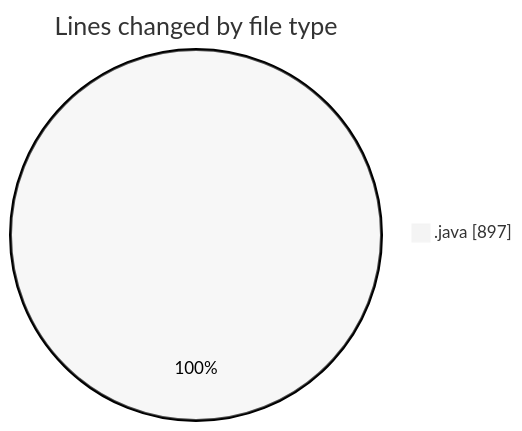
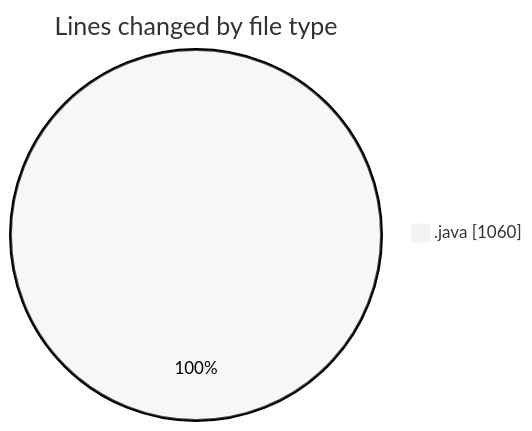
The first of 2 diagrams in 2025-02-21/projet/README.md (Elitesun/code-tracking), drawn with Mermaid (neutral theme) before and after one commit. The commit also changed other lines of this file and 1 other file, not shown here.

````diff
--- a/2025-02-21/projet/README.md
+++ b/2025-02-21/projet/README.md
@@ -27,5 +28,5 @@
 ```mermaid
 pie showData
 title Lines changed by file type
-".java" : 897
+".java" : 1060
 ```
````
